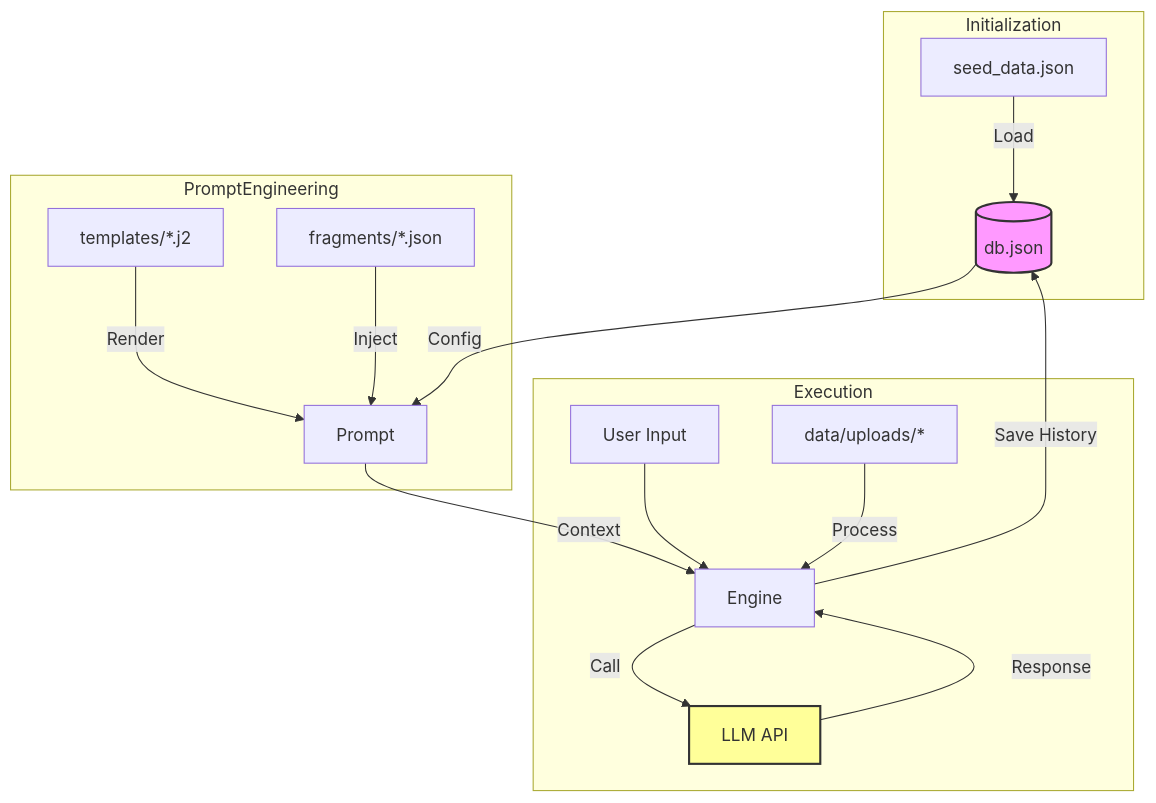
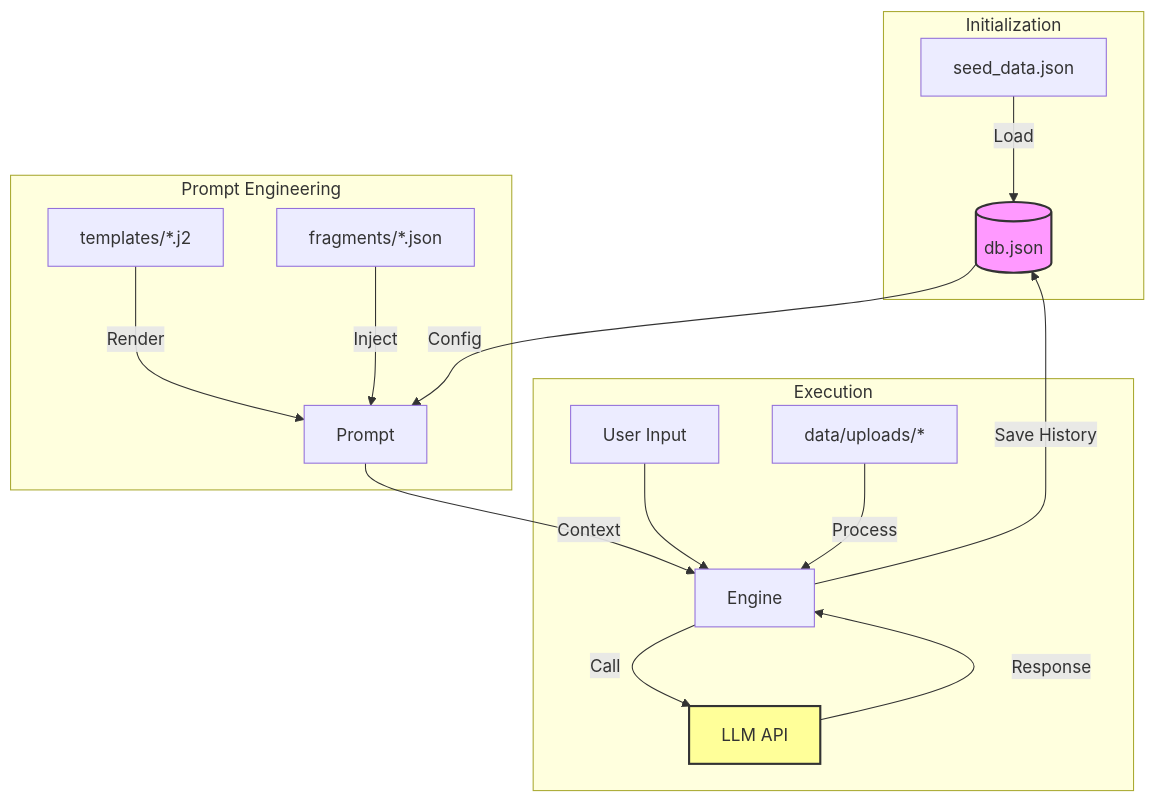
One commit to launis/quorum changed the diagram in docs/data_management.md. Above: the diagram before and after it, drawn with Mermaid. The commit also changed other lines of this file and 31 other files, not shown here.

````diff
--- a/docs/data_management.md
+++ b/docs/data_management.md
@@ -78,24 +78,24 @@
 ```mermaid
 graph TD
     subgraph Initialization
         Seed[seed_data.json] -->|Load| DB[(db.json)]
     end
 
-    subgraph PromptEngineering
+    subgraph "Prompt Engineering"
         Tpl[templates/*.j2] -->|Render| Prompt
         Frag[fragments/*.json] -->|Inject| Prompt
         DB -->|Config| Prompt
     end
 
     subgraph Execution
         User[User Input] --> Engine
         Uploads[data/uploads/*] -->|Process| Engine
         Prompt -->|Context| Engine
         Engine -->|Call| LLM[LLM API]
         LLM -->|Response| Engine
         Engine -->|Save History| DB
     end
 
     style DB fill:#f9f,stroke:#333,stroke-width:2px
     style LLM fill:#ff9,stroke:#333,stroke-width:2px
 ```
````
